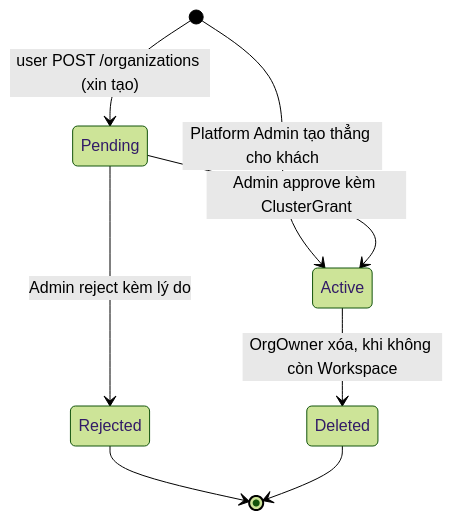
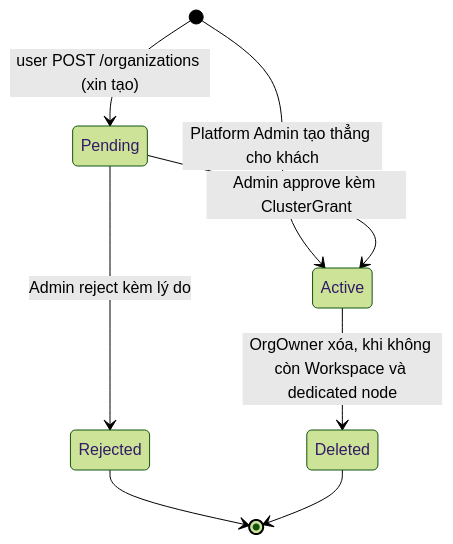
Before and after one commit to thaihoc1310/tenantry: diagram 15 of 15 in docs/architecture/04-state-machines.md, drawn with Mermaid (forest theme). The commit also changed other lines of this file and 14 other files, not shown here.

Commit message:
docs: full review of M0-M12 with org slugs without hyphens, one shared quota per Workspace, tenant RoleBinding and network admission policies, kube-proxy local detection by interface, in-app ownership transfer, missing endpoints, and demo numbers that fit the lab

````diff
--- a/docs/architecture/04-state-machines.md
+++ b/docs/architecture/04-state-machines.md
@@ -582,10 +585,10 @@
 ```mermaid
 stateDiagram-v2
   [*] --> Pending : user POST /organizations (xin tạo)
   [*] --> Active : Platform Admin tạo thẳng cho khách
   Pending --> Active : Admin approve kèm ClusterGrant
   Pending --> Rejected : Admin reject kèm lý do
-  Active --> Deleted : OrgOwner xóa, khi không còn Workspace
+  Active --> Deleted : OrgOwner xóa, khi không còn Workspace và dedicated node
   Rejected --> [*]
   Deleted --> [*]
 ```
````
